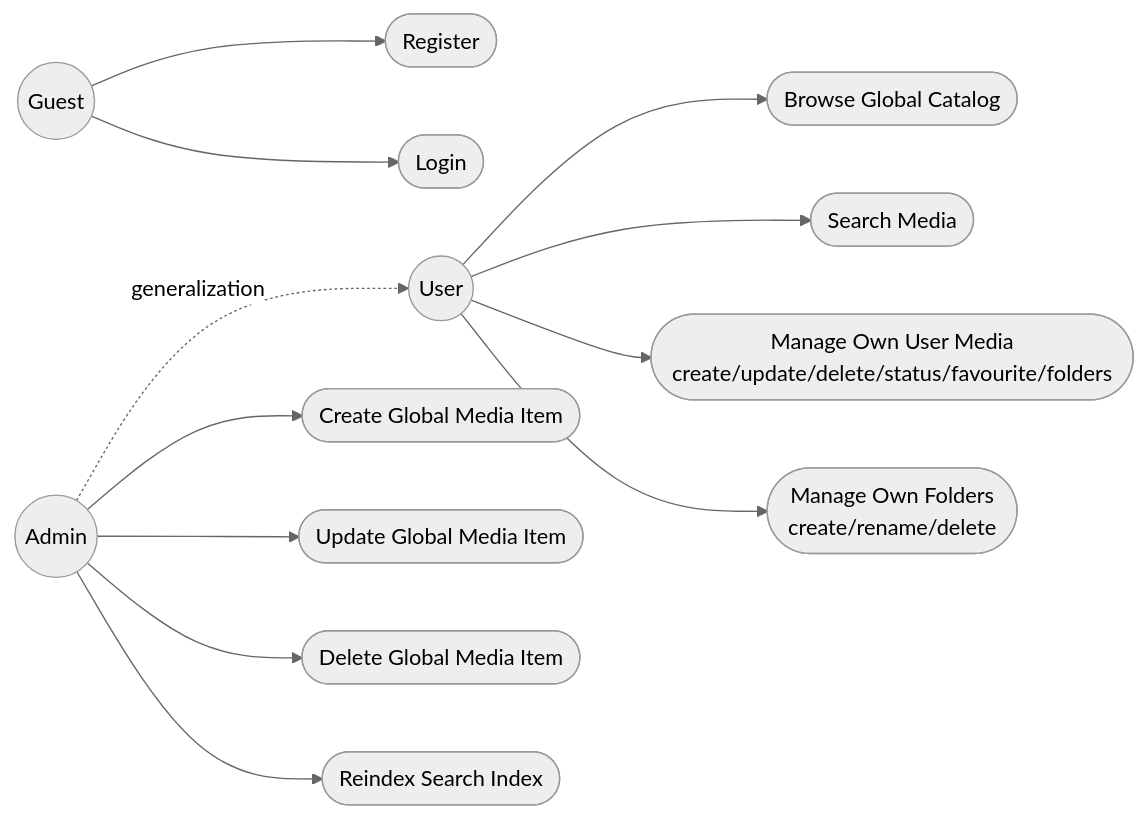
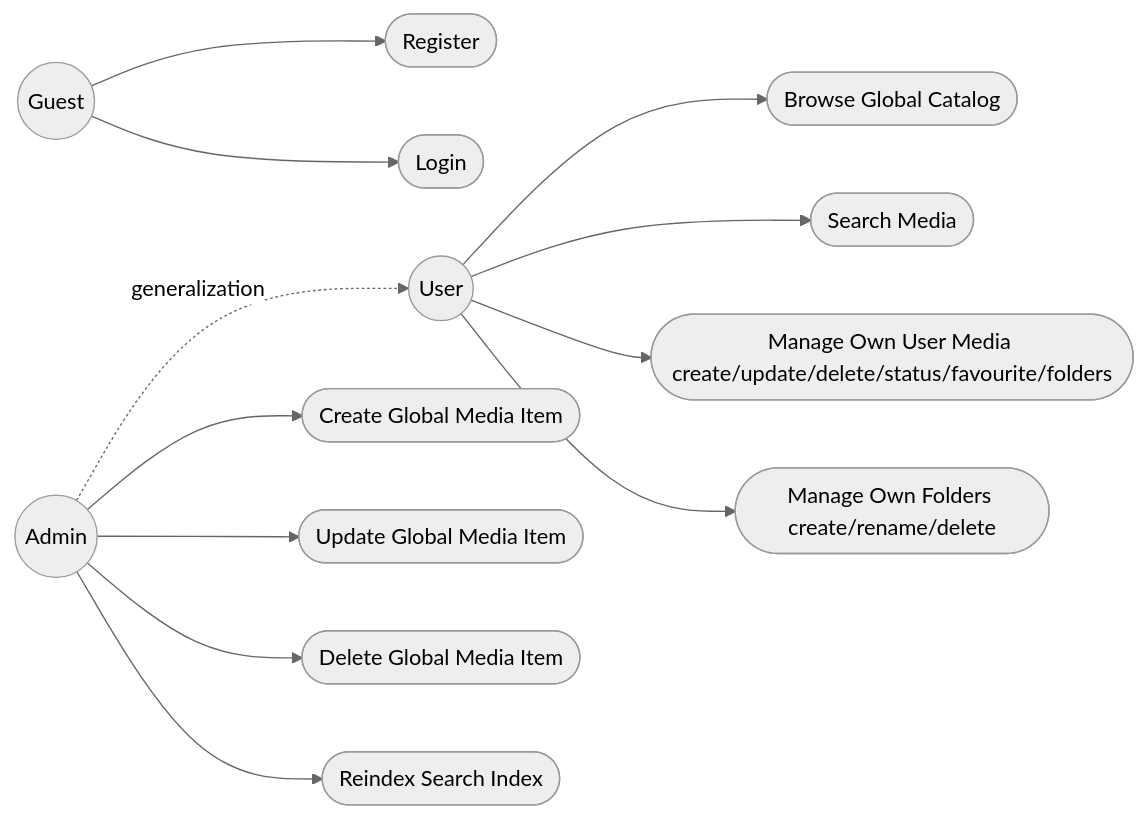
One commit to TKeep21/ListLyBackend changed the third of 3 diagrams in docs/UML_ARCHITECTURE_USECASES.md. Above: the diagram before and after it, drawn with Mermaid (neutral theme). The commit also changed other lines of this file and 14 other files, not shown here.

````diff
--- a/docs/UML_ARCHITECTURE_USECASES.md
+++ b/docs/UML_ARCHITECTURE_USECASES.md
@@ -83,33 +85,33 @@
 ```mermaid
 flowchart LR
     Guest((Guest))
     User((User))
     Admin((Admin))
 
     Register([Register])
     Login([Login])
     BrowseCatalog([Browse Global Catalog])
     SearchMedia([Search Media])
 
-    ManageOwnMedia([Manage Own User Media\ncreate/update/delete/status/favourite/folders])
-    ManageOwnFolders([Manage Own Folders\ncreate/rename/delete])
+    ManageOwnMedia([Manage Own User Media create/update/delete/status/favourite/folders])
+    ManageOwnFolders([Manage Own Folders create/rename/delete])
 
     CreateGlobal([Create Global Media Item])
     UpdateGlobal([Update Global Media Item])
     DeleteGlobal([Delete Global Media Item])
     Reindex([Reindex Search Index])
 
     Guest --> Register
     Guest --> Login
 
     User --> BrowseCatalog
     User --> SearchMedia
     User --> ManageOwnMedia
     User --> ManageOwnFolders
 
     Admin -.->|generalization| User
     Admin --> CreateGlobal
     Admin --> UpdateGlobal
     Admin --> DeleteGlobal
     Admin --> Reindex
 ```
````
